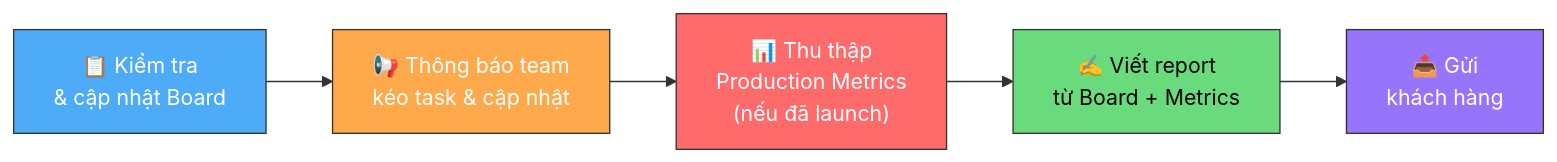
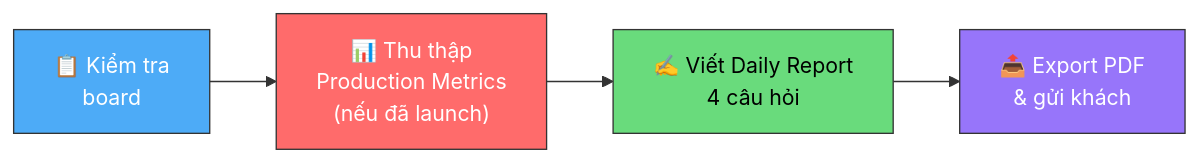
The diagram in 04-developer/dev-daily-report/daily-report-process.md (Cyberk-Official/handbooks), drawn with Mermaid before and after one commit. The commit also changed other lines of this file and 16 other files, not shown here.

````diff
--- a/04-developer/dev-daily-report/daily-report-process.md
+++ b/04-developer/dev-daily-report/daily-report-process.md
@@ -27,13 +29,11 @@
 ```mermaid
 flowchart LR
-    A["📋 Kiểm tra\n& cập nhật Board"] --> B["📢 Thông báo team\nkéo task & cập nhật"]
-    B --> C["📊 Thu thập\nProduction Metrics\n(nếu đã launch)"]
-    C --> D["✍️ Viết report\ntừ Board + Metrics"] 
-    D --> E["📤 Gửi\nkhách hàng"]
+    A["📋 Kiểm tra\nboard"] --> B["📊 Thu thập\nProduction Metrics\n(nếu đã launch)"]
+    B --> C["✍️ Viết Daily Report\n4 câu hỏi"]
+    C --> D["📤 Export PDF\n& gửi khách"]
 
     style A fill:#4dabf7,stroke:#333,color:#fff
-    style B fill:#ffa94d,stroke:#333,color:#fff
-    style C fill:#ff6b6b,stroke:#333,color:#fff
-    style D fill:#69db7c,stroke:#333,color:#000
-    style E fill:#9775fa,stroke:#333,color:#fff
+    style B fill:#ff6b6b,stroke:#333,color:#fff
+    style C fill:#69db7c,stroke:#333,color:#000
+    style D fill:#9775fa,stroke:#333,color:#fff
 ```
````
